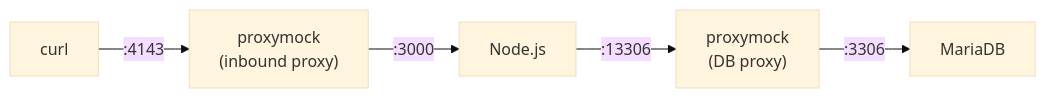
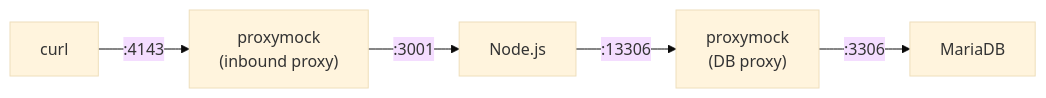
One commit to speedscale/demo changed the third of 5 diagrams in node-mariadb/README.md. Above: the diagram before and after it, drawn with Mermaid (base theme). The commit also changed other lines of this file and 6 other files, not shown here.

````diff
--- a/node-mariadb/README.md
+++ b/node-mariadb/README.md
@@ -168,7 +168,7 @@
 ```mermaid
 graph LR
     curl -->|":4143"| PM_in["proxymock\n(inbound proxy)"]
-    PM_in -->|":3000"| Node["Node.js"]
+    PM_in -->|":3001"| Node["Node.js"]
     Node -->|":13306"| PM_out["proxymock\n(DB proxy)"]
     PM_out -->|":3306"| MariaDB
 ```
````
